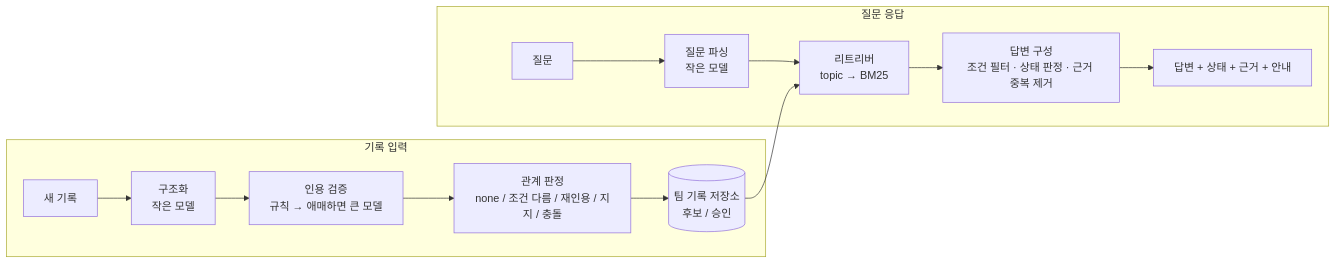
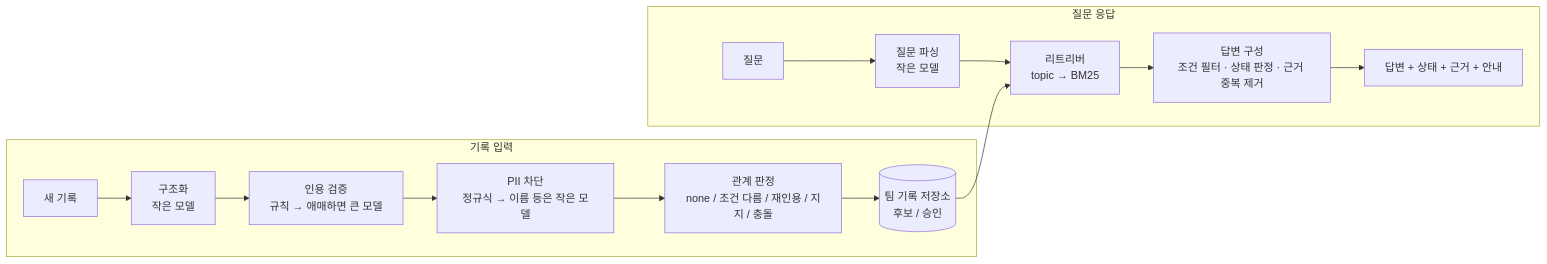
Before and after one commit to Jeong-Sichan/knowledge_harness: the diagram in README.md, drawn with Mermaid. The commit also changed other lines of this file and 17 other files, not shown here.

First line of the commit message:
Fix Graphiti as strong baseline and add PII guard module

````diff
--- a/README.md
+++ b/README.md
@@ -17,16 +17,17 @@
 ```mermaid
 flowchart LR
   subgraph 기록 입력
     A[새 기록] --> S[구조화<br/>작은 모델]
     S --> V[인용 검증<br/>규칙 → 애매하면 큰 모델]
-    V --> J[관계 판정<br/>none / 조건 다름 / 재인용 / 지지 / 충돌]
+    V --> G[PII 차단<br/>정규식 → 이름 등은 작은 모델]
+    G --> J[관계 판정<br/>none / 조건 다름 / 재인용 / 지지 / 충돌]
     J --> DB[(팀 기록 저장소<br/>후보 / 승인)]
   end
   subgraph 질문 응답
     Q[질문] --> P[질문 파싱<br/>작은 모델]
     P --> R[리트리버<br/>topic → BM25]
     DB --> R
     R --> C[답변 구성<br/>조건 필터 · 상태 판정 · 근거 중복 제거]
     C --> O[답변 + 상태 + 근거 + 안내]
   end
 ```
````
